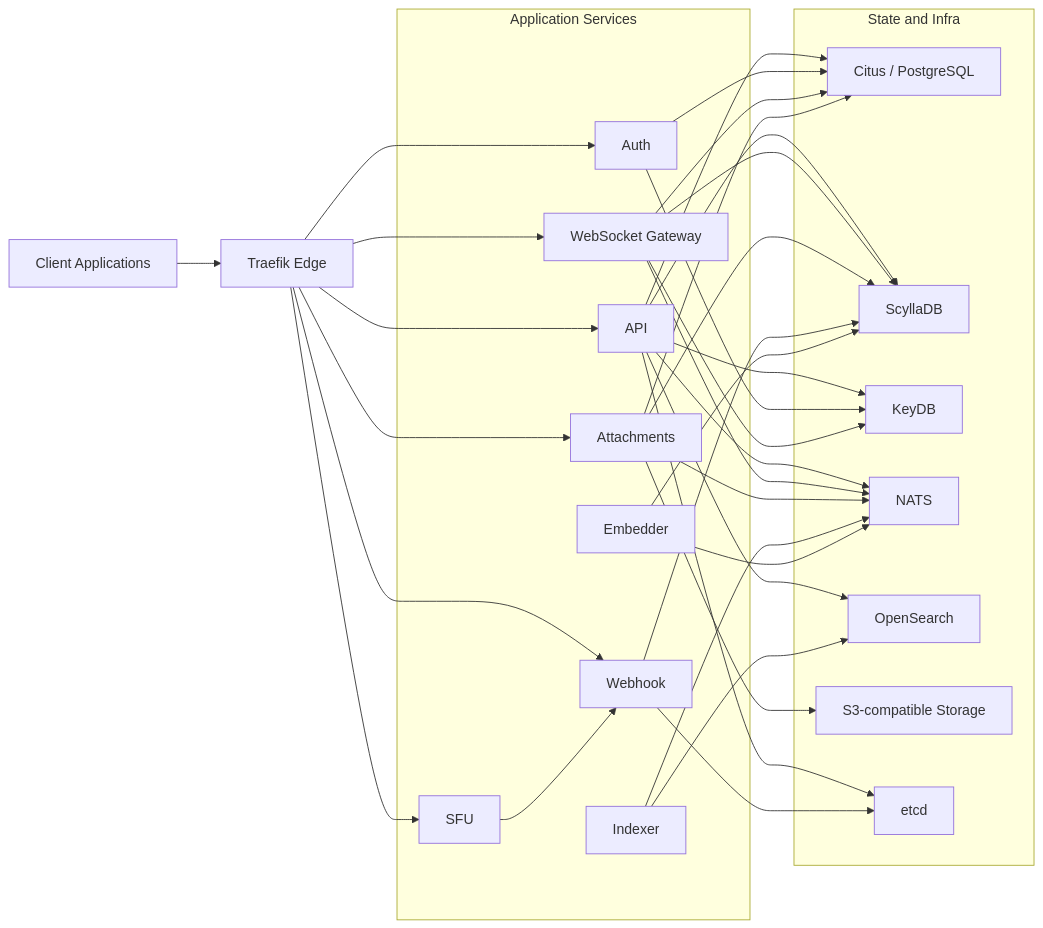
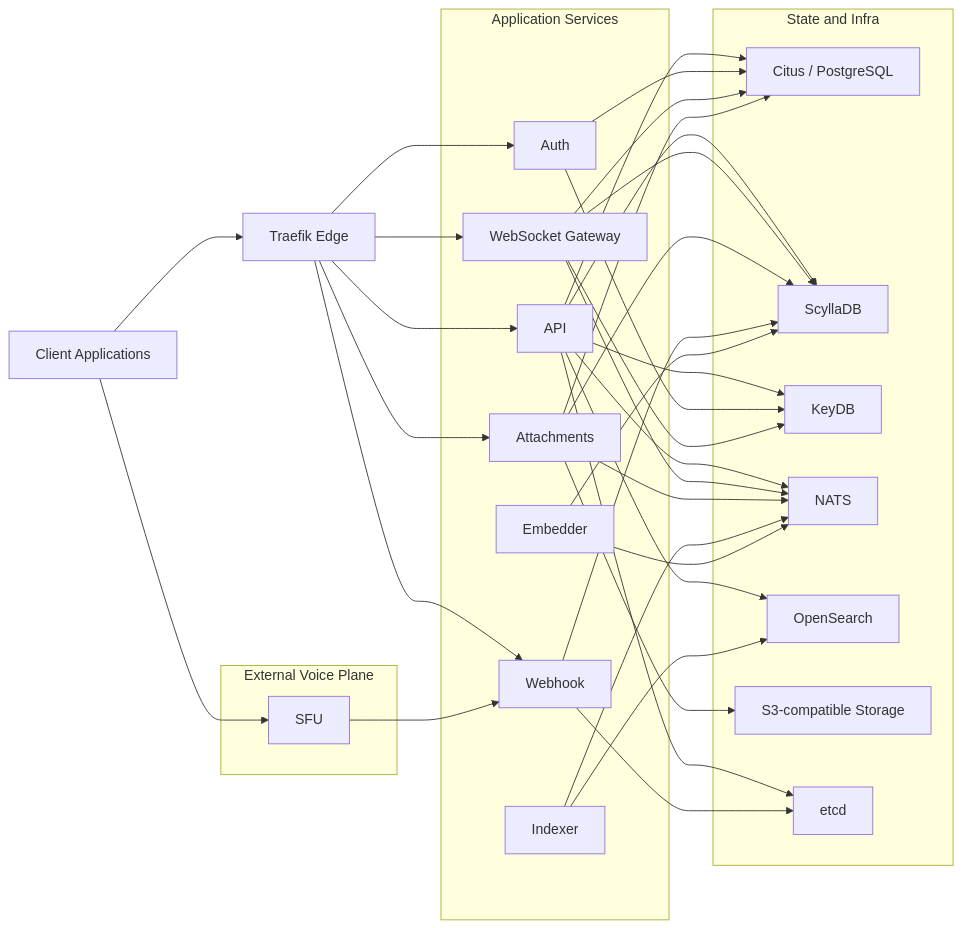
One commit to FlameInTheDark/gochat changed the diagram in README.md. Above: the diagram before and after it, drawn with Mermaid. The commit also changed other lines of this file and 129 other files, not shown here.

````diff
--- a/README.md
+++ b/README.md
@@ -57,65 +58,68 @@
 ```mermaid
 flowchart LR
     Client[Client Applications]
     Traefik[Traefik Edge]
 
     subgraph App[Application Services]
         API[API]
         Auth[Auth]
         WS[WebSocket Gateway]
         Attachments[Attachments]
         Webhook[Webhook]
-        SFU[SFU]
         Indexer[Indexer]
         Embedder[Embedder]
+    end
+
+    subgraph Voice[External Voice Plane]
+        SFU[SFU]
     end
 
     subgraph Data[State and Infra]
         PG[Citus / PostgreSQL]
         Scylla[ScyllaDB]
         KeyDB[KeyDB]
         NATS[NATS]
         Search[OpenSearch]
         S3[S3-compatible Storage]
         Etcd[etcd]
     end
 
     Client --> Traefik
     Traefik --> API
     Traefik --> Auth
     Traefik --> WS
     Traefik --> Attachments
     Traefik --> Webhook
-    Traefik --> SFU
 
     API --> PG
     API --> Scylla
     API --> KeyDB
     API --> NATS
     API --> Search
     API --> Etcd
 
     Auth --> PG
     Auth --> KeyDB
 
     WS --> NATS
     WS --> Scylla
     WS --> PG
     WS --> KeyDB
 
     Attachments --> Scylla
     Attachments --> PG
     Attachments --> NATS
     Attachments --> S3
 
     Webhook --> Scylla
     Webhook --> Etcd
 
     Indexer --> NATS
     Indexer --> Search
 
     Embedder --> NATS
     Embedder --> Scylla
 
+    Client --> SFU
     SFU --> Webhook
 ```
````
